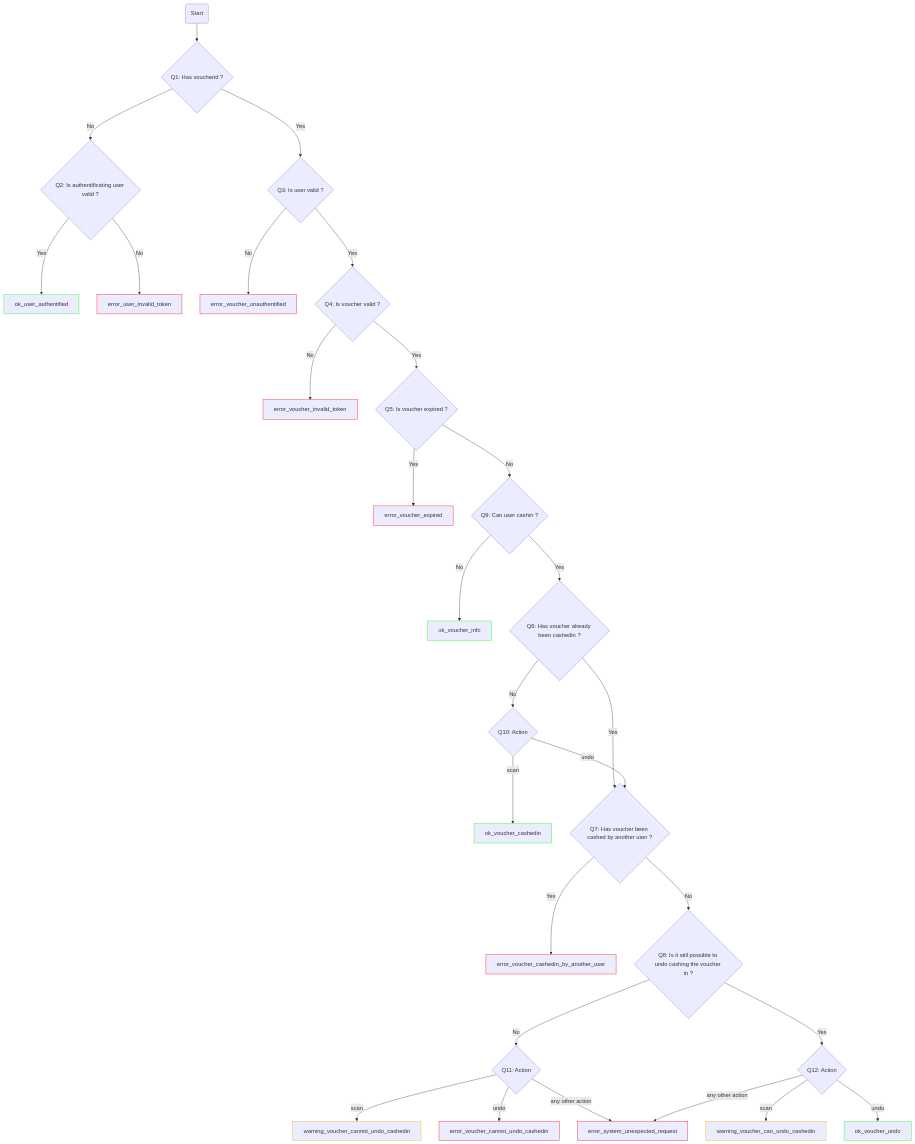
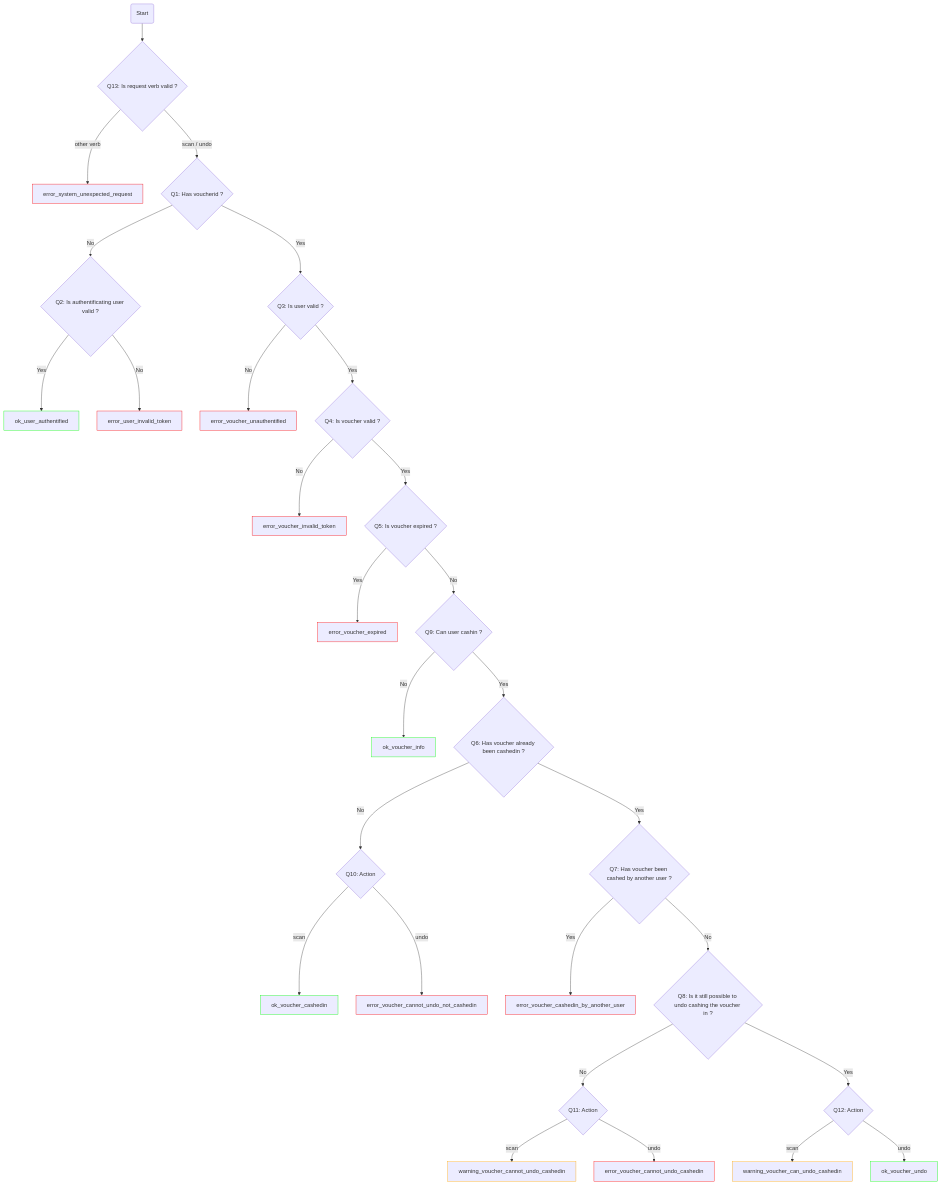
Before and after one commit to epicerieledetour/ledetour-vouchers: the diagram in README.md, drawn with Mermaid.

Commit message:
Update flow chart

````diff
--- a/README.md
+++ b/README.md
@@ -5,73 +5,75 @@
 ```mermaid
 flowchart TD
     S(Start)
-    S --> Q1
+    S --> Q13
+
+    Q13{Q13: Is request verb valid ?}
+    Q13N[error_system_unexpected_request]:::error
+    Q13 -- other verb --> Q13N
+    Q13 -- scan / undo --> Q1
 
     Q1{Q1: Has voucherid ?}
     Q1 -- No --> Q2
     Q1 -- Yes --> Q3
 
     Q2{Q2: Is authentificating user valid ?}
     Q2Y[ok_user_authentified]:::ok
     Q2N[error_user_invalid_token]:::error
     Q2 -- Yes --> Q2Y
     Q2 -- No --> Q2N
 
     Q3{Q3: Is user valid ?}
     Q3N[error_voucher_unauthentified]:::error
     Q3 -- No --> Q3N
     Q3 -- Yes --> Q4
 
     Q4{Q4: Is voucher valid ?}
     Q4N[error_voucher_invalid_token]:::error
     Q4 -- No --> Q4N
     Q4 -- Yes --> Q5
 
     Q5{Q5: Is voucher expired ?}
     Q5Y[error_voucher_expired]:::error
     Q5 -- Yes --> Q5Y
     Q5 -- No --> Q9
 
     Q9{Q9: Can user cashin ?}
     Q9N[ok_voucher_info]:::ok
     Q9 -- No --> Q9N
     Q9 -- Yes --> Q6
 
     Q6{Q6: Has voucher already been cashedin ?}
     Q6N[ok_voucher_cashedin]:::ok
     Q6 -- No --> Q10
     Q6 -- Yes --> Q7
 
     Q10{Q10: Action}
+    Q10U[error_voucher_cannot_undo_not_cashedin]:::error
     Q10 -- scan --> Q6N
-    Q10 -- undo --> Q7
+    Q10 -- undo --> Q10U
 
     Q7{Q7: Has voucher been cashed by another user ?}
     Q7Y[error_voucher_cashedin_by_another_user]:::error
     Q7 -- Yes --> Q7Y
     Q7 -- No --> Q8
 
     Q8{Q8: Is it still possible to undo cashing the voucher in ?}
     Q8N[warning_voucher_cannot_undo_cashedin]:::warning
     Q8Y[warning_voucher_can_undo_cashedin]:::warning
     Q8 -- No --> Q11
     Q8 -- Yes --> Q12
 
     Q11{Q11: Action}
     Q11U[error_voucher_cannot_undo_cashedin]:::error
     Q11 -- scan --> Q8N
     Q11 -- undo --> Q11U
-    Q11 -- any other action --> Unexpected
 
     Q12{Q12: Action}
     Q12U[ok_voucher_undo]:::ok
     Q12 -- scan --> Q8Y
     Q12 -- undo --> Q12U
-    Q12 -- any other action --> Unexpected
-
-    Unexpected[error_system_unexpected_request]:::error
 
     classDef ok stroke:#0f0
     classDef warning stroke:#ffa500
     classDef error stroke:#f00
 ```
````
